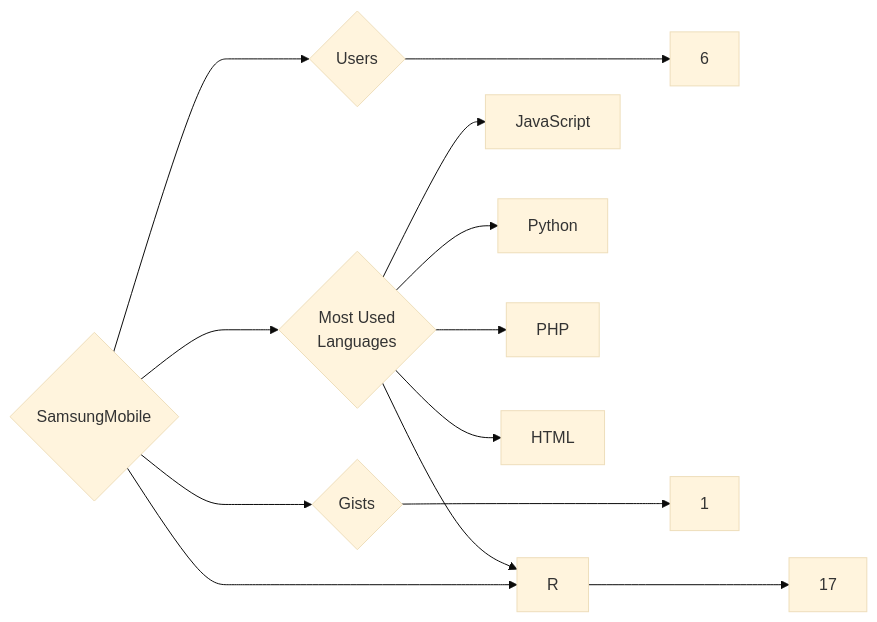
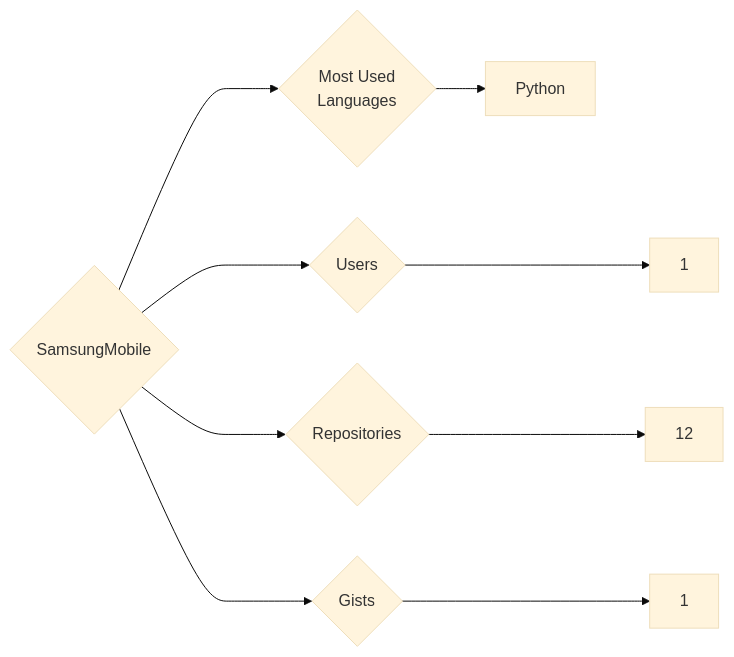
Before and after one commit to trickest/insiders: the diagram in targets/SamsungMobile/README.md, drawn with Mermaid (base theme). The commit also changed 895 other files, not shown here.

````diff
--- a/targets/SamsungMobile/README.md
+++ b/targets/SamsungMobile/README.md
@@ -3,13 +3,9 @@
 ```mermaid
 graph LR
 COMPANY_NAME{SamsungMobile}
-COMPANY_NAME ---> U{Users} ---> UN[6]
-COMPANY_NAME ---> R{Repositories} ---> RN[17]
+COMPANY_NAME ---> U{Users} ---> UN[1]
+COMPANY_NAME ---> R{Repositories} ---> RN[12]
 COMPANY_NAME ---> G{Gists} ---> GN[1]
 COMPANY_NAME ---> ML{Most Used<br>Languages}
-ML --> JavaScript[JavaScript]
 ML --> Python[Python]
-ML --> PHP[PHP]
-ML --> HTML[HTML]
-ML --> R[R]
 ```
````
